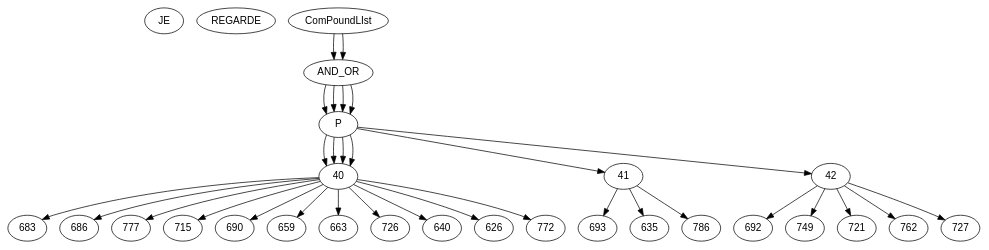
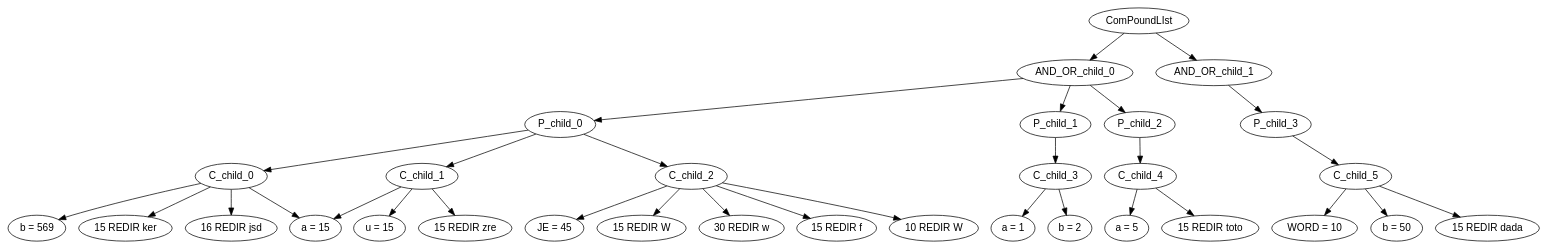
One commit to GeeksdelaCave/42h changed the diagram in src/ast.dot. Above: the diagram before and after it, drawn with Graphviz. The commit also changed 17 other files, not shown here.

```diff
--- a/src/ast.dot
+++ b/src/ast.dot
@@ -1,35 +1,34 @@
 digraph AST {
     node [fontname="Arial"];
-JE REGARDE
-    ComPoundLIst -> AND_OR;
-    AND_OR -> P;
-    P -> 40;
-    40 -> 683;
-    40 -> 686;
-    40 -> 777;
-    40 -> 715;
-    P -> 41;
-    41 -> 693;
-    41 -> 635;
-    41 -> 786;
-    P -> 42;
-    42 -> 692;
-    42 -> 749;
-    42 -> 721;
-    42 -> 762;
-    42 -> 727;
-    AND_OR -> P;
-    P -> 40;
-    40 -> 690;
-    40 -> 659;
-    AND_OR -> P;
-    P -> 40;
-    40 -> 663;
-    40 -> 726;
-    ComPoundLIst -> AND_OR;
-    AND_OR -> P;
-    P -> 40;
-    40 -> 640;
-    40 -> 626;
-    40 -> 772;
+    ComPoundLIst -> AND_OR_child_0;
+    AND_OR_child_0 -> P_child_0;
+    P_child_0 -> C_child_0;
+    C_child_0 -> "a = 15";
+    C_child_0 -> "b = 569";
+    C_child_0 -> "15 REDIR ker";
+    C_child_0 -> "16 REDIR jsd";
+    P_child_0 -> C_child_1;
+    C_child_1 -> "u = 15";
+    C_child_1 -> "a = 15";
+    C_child_1 -> "15 REDIR zre";
+    P_child_0 -> C_child_2;
+    C_child_2 -> "JE = 45";
+    C_child_2 -> "15 REDIR W";
+    C_child_2 -> "30 REDIR w";
+    C_child_2 -> "15 REDIR f";
+    C_child_2 -> "10 REDIR W";
+    AND_OR_child_0 -> P_child_1;
+    P_child_1 -> C_child_3;
+    C_child_3 -> "a = 1";
+    C_child_3 -> "b = 2";
+    AND_OR_child_0 -> P_child_2;
+    P_child_2 -> C_child_4;
+    C_child_4 -> "a = 5";
+    C_child_4 -> "15 REDIR toto";
+    ComPoundLIst -> AND_OR_child_1;
+    AND_OR_child_1 -> P_child_3;
+    P_child_3 -> C_child_5;
+    C_child_5 -> "WORD = 10";
+    C_child_5 -> "b = 50";
+    C_child_5 -> "15 REDIR dada";
 }
```
